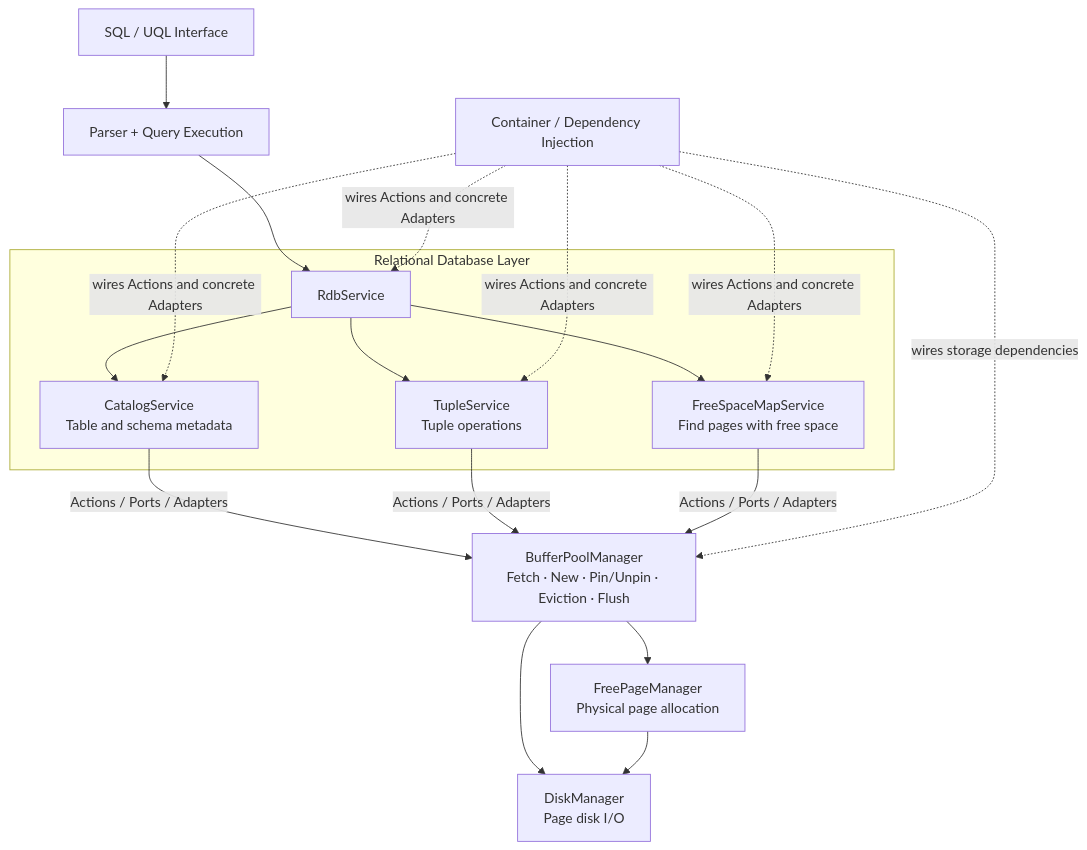
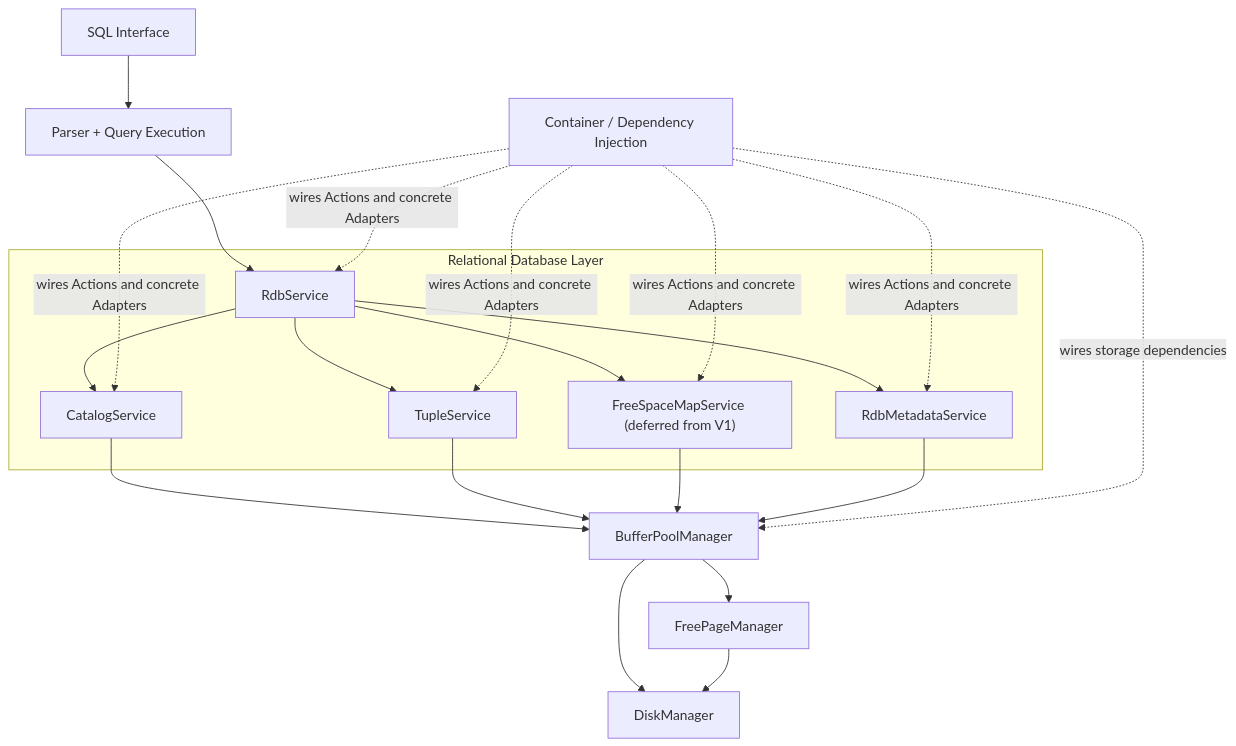
One commit to soujash-mandal/UniDB changed the first of 2 diagrams in README.md. Above: the diagram before and after it, drawn with Mermaid. The commit also changed other lines of this file, not shown here.

Commit message:
docs: add declared service dependency graph to README

````diff
--- a/README.md
+++ b/README.md
@@ -3,37 +5,40 @@
 ```mermaid
 flowchart TD
-    SQL["SQL / UQL Interface"]
+    SQL["SQL Interface"]
     Query["Parser + Query Execution"]
 
     subgraph RDB_LAYER["Relational Database Layer"]
         RDB["RdbService"]
-        Catalog["CatalogService<br/>Table and schema metadata"]
-        Tuple["TupleService<br/>Tuple operations"]
-        FSM["FreeSpaceMapService<br/>Find pages with free space"]
+        Metadata["RdbMetadataService"]
+        Catalog["CatalogService"]
+        Tuple["TupleService"]
+        FSM["FreeSpaceMapService (deferred from V1)"]
         RDB --> Catalog
         RDB --> Tuple
         RDB --> FSM
+        RDB --> Metadata
     end
 
-    BPM["BufferPoolManager<br/>Fetch · New · Pin/Unpin · Eviction · Flush"]
-    FPM["FreePageManager<br/>Physical page allocation"]
-    Disk["DiskManager<br/>Page disk I/O"]
+    BPM["BufferPoolManager"]
+    FPM["FreePageManager"]
+    Disk["DiskManager"]
     Container["Container / Dependency Injection"]
 
     SQL --> Query
     Query --> RDB
 
-    Catalog -->|"Actions / Ports / Adapters"| BPM
-    Tuple -->|"Actions / Ports / Adapters"| BPM
-    FSM -->|"Actions / Ports / Adapters"| BPM
-
+    Catalog --> BPM
+    Tuple --> BPM
+    FSM --> BPM
+    Metadata --> BPM
     BPM --> FPM
     BPM --> Disk
     FPM --> Disk
 
     Container -. "wires Actions and concrete Adapters" .-> RDB
     Container -. "wires Actions and concrete Adapters" .-> Catalog
     Container -. "wires Actions and concrete Adapters" .-> Tuple
     Container -. "wires Actions and concrete Adapters" .-> FSM
+    Container -. "wires Actions and concrete Adapters" .-> Metadata
     Container -. "wires storage dependencies" .-> BPM
 ```
````
